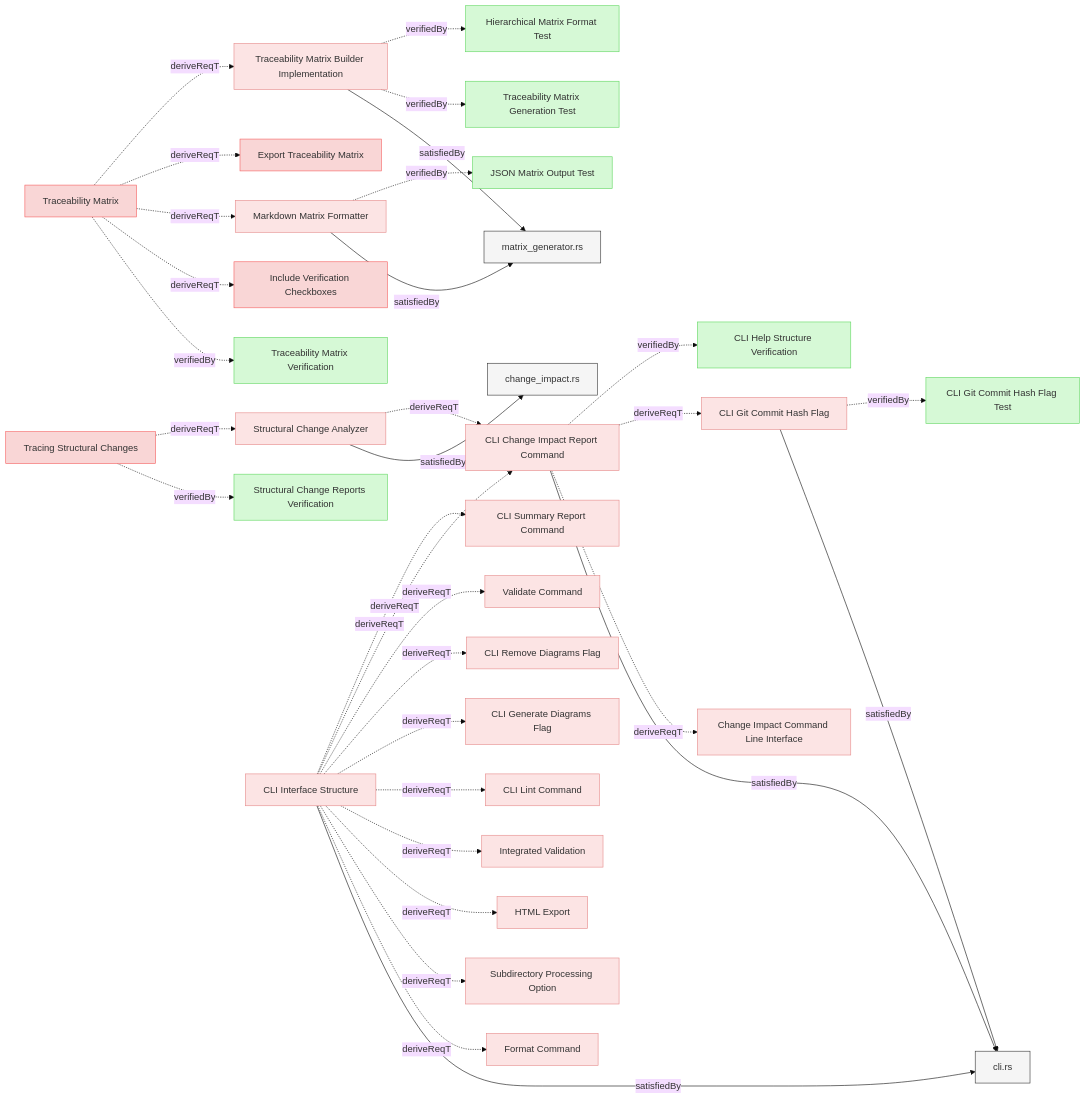
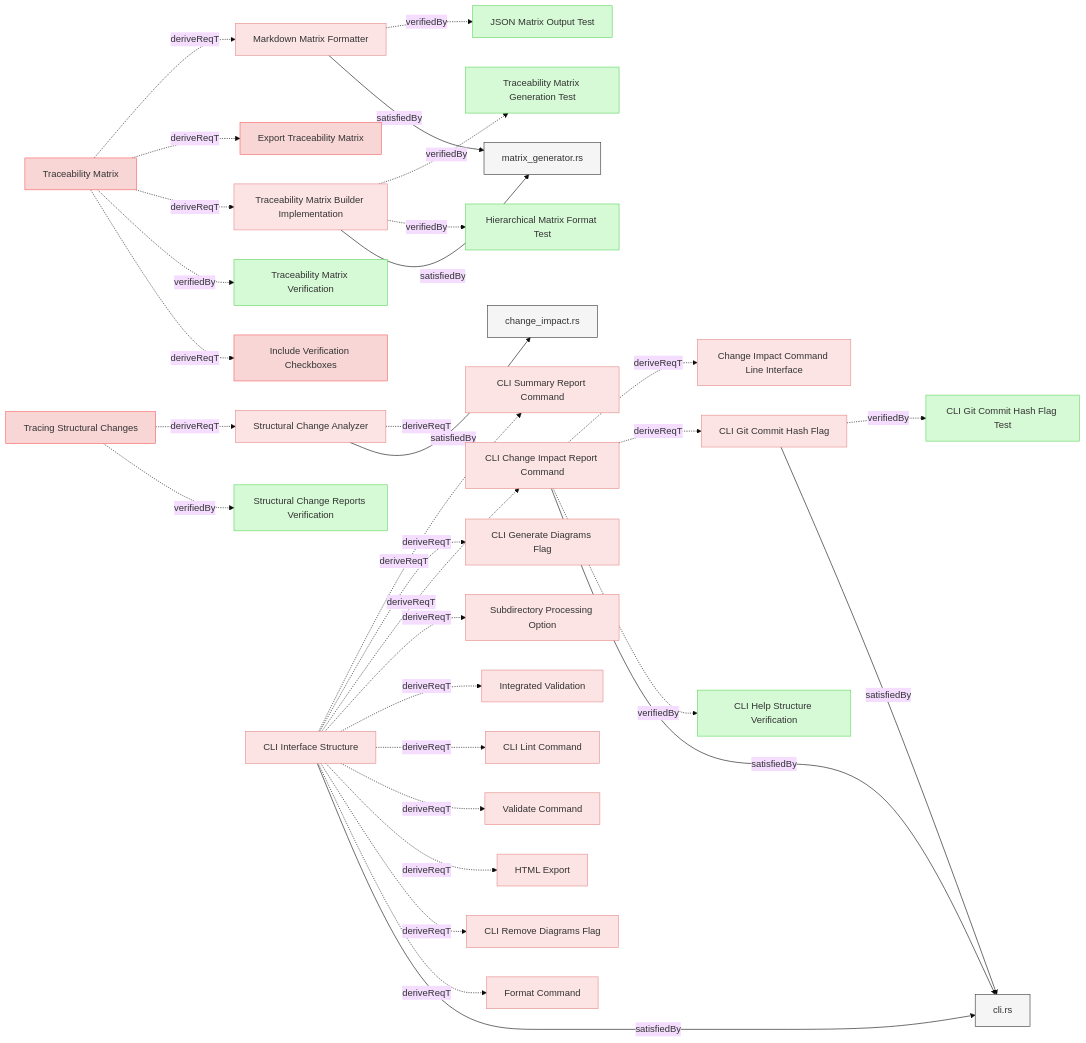
One commit to reqvire-org/reqvire changed the fifth of 9 diagrams in specifications/SystemRequirements/Requirements.md. Above: the diagram before and after it, drawn with Mermaid (base theme). The commit also changed other lines of this file and 20 other files, not shown here.

```diff
--- a/specifications/SystemRequirements/Requirements.md
+++ b/specifications/SystemRequirements/Requirements.md
@@ -1245,6 +1245,37 @@
   class 893e340d64ec8044 verification;
   click 893e340d64ec8044 "../Verifications/ChangeImpactTests.md#cli-git-commit-hash-flag-test";
   6c40e66699ba40dd -.->|verifiedBy| 893e340d64ec8044;
+  b55d8517cd3e58["Traceability Matrix Builder Implementation"];
+  class b55d8517cd3e58 systemRequirement;
+  click b55d8517cd3e58 "Requirements.md#traceability-matrix-builder-implementation";
+  16bf75b57622c10["matrix_generator.rs"];
+  class 16bf75b57622c10 default;
+  click 16bf75b57622c10 "../../core/src/matrix_generator.rs";
+  b55d8517cd3e58 -->|satisfiedBy| 16bf75b57622c10;
+  5a25cf6244f4f44["Hierarchical Matrix Format Test"];
+  class 5a25cf6244f4f44 verification;
+  click 5a25cf6244f4f44 "../Verifications/TreacibilityMatrix.md#hierarchical-matrix-format-test";
+  b55d8517cd3e58 -.->|verifiedBy| 5a25cf6244f4f44;
+  aa85c85e7c41d899["Traceability Matrix Generation Test"];
+  class aa85c85e7c41d899 verification;
+  click aa85c85e7c41d899 "../Verifications/TreacibilityMatrix.md#traceability-matrix-generation-test";
+  b55d8517cd3e58 -.->|verifiedBy| aa85c85e7c41d899;
+  4c9ae0a2fb751ce6["CLI Change Impact Report Command"];
+  class 4c9ae0a2fb751ce6 systemRequirement;
+  click 4c9ae0a2fb751ce6 "Requirements.md#cli-change-impact-report-command";
+  80defdd4cbc7ee18["cli.rs"];
+  class 80defdd4cbc7ee18 default;
+  click 80defdd4cbc7ee18 "../../cli/src/cli.rs";
+  4c9ae0a2fb751ce6 -->|satisfiedBy| 80defdd4cbc7ee18;
+  34c75e4a88e1f381["CLI Help Structure Verification"];
+  class 34c75e4a88e1f381 verification;
+  click 34c75e4a88e1f381 "../Verifications/Misc.md#cli-help-structure-verification";
+  4c9ae0a2fb751ce6 -.->|verifiedBy| 34c75e4a88e1f381;
+  4c9ae0a2fb751ce6 -.->|deriveReqT| 6c40e66699ba40dd;
+  37a75398bd174177["Change Impact Command Line Interface"];
+  class 37a75398bd174177 systemRequirement;
+  click 37a75398bd174177 "ChangeImpactPropagation.md#change-impact-command-line-interface";
+  4c9ae0a2fb751ce6 -.->|deriveReqT| 37a75398bd174177;
   d34d7e14d2a235a2["Structural Change Analyzer"];
   class d34d7e14d2a235a2 systemRequirement;
   click d34d7e14d2a235a2 "Requirements.md#structural-change-analyzer";
@@ -1252,9 +1283,6 @@
   class 4b89dbed94c08c3e default;
   click 4b89dbed94c08c3e "../../core/src/change_impact.rs";
   d34d7e14d2a235a2 -->|satisfiedBy| 4b89dbed94c08c3e;
-  4c9ae0a2fb751ce6["CLI Change Impact Report Command"];
-  class 4c9ae0a2fb751ce6 systemRequirement;
-  click 4c9ae0a2fb751ce6 "Requirements.md#cli-change-impact-report-command";
   d34d7e14d2a235a2 -.->|deriveReqT| 4c9ae0a2fb751ce6;
   1b7491b67a792bc9["Markdown Matrix Formatter"];
   class 1b7491b67a792bc9 systemRequirement;
@@ -1267,51 +1295,6 @@
   class 50c290277850dd17 verification;
   click 50c290277850dd17 "../Verifications/TreacibilityMatrix.md#json-matrix-output-test";
   1b7491b67a792bc9 -.->|verifiedBy| 50c290277850dd17;
-  80defdd4cbc7ee18["cli.rs"];
-  class 80defdd4cbc7ee18 default;
-  click 80defdd4cbc7ee18 "../../cli/src/cli.rs";
-  4c9ae0a2fb751ce6 -->|satisfiedBy| 80defdd4cbc7ee18;
-  37a75398bd174177["Change Impact Command Line Interface"];
-  class 37a75398bd174177 systemRequirement;
-  click 37a75398bd174177 "ChangeImpactPropagation.md#change-impact-command-line-interface";
-  4c9ae0a2fb751ce6 -.->|deriveReqT| 37a75398bd174177;
-  4c9ae0a2fb751ce6 -.->|deriveReqT| 6c40e66699ba40dd;
-  34c75e4a88e1f381["CLI Help Structure Verification"];
-  class 34c75e4a88e1f381 verification;
-  click 34c75e4a88e1f381 "../Verifications/Misc.md#cli-help-structure-verification";
-  4c9ae0a2fb751ce6 -.->|verifiedBy| 34c75e4a88e1f381;
-  b55d8517cd3e58["Traceability Matrix Builder Implementation"];
-  class b55d8517cd3e58 systemRequirement;
-  click b55d8517cd3e58 "Requirements.md#traceability-matrix-builder-implementation";
-  16bf75b57622c10["matrix_generator.rs"];
-  class 16bf75b57622c10 default;
-  click 16bf75b57622c10 "../../core/src/matrix_generator.rs";
-  b55d8517cd3e58 -->|satisfiedBy| 16bf75b57622c10;
-  aa85c85e7c41d899["Traceability Matrix Generation Test"];
-  class aa85c85e7c41d899 verification;
-  click aa85c85e7c41d899 "../Verifications/TreacibilityMatrix.md#traceability-matrix-generation-test";
-  b55d8517cd3e58 -.->|verifiedBy| aa85c85e7c41d899;
-  5a25cf6244f4f44["Hierarchical Matrix Format Test"];
-  class 5a25cf6244f4f44 verification;
-  click 5a25cf6244f4f44 "../Verifications/TreacibilityMatrix.md#hierarchical-matrix-format-test";
-  b55d8517cd3e58 -.->|verifiedBy| 5a25cf6244f4f44;
-  4e30ea0930dc9c26["Traceability Matrix"];
-  class 4e30ea0930dc9c26 userRequirement;
-  click 4e30ea0930dc9c26 "../UserRequirements.md#traceability-matrix";
-  11c3285e74c8d60b["Traceability Matrix Verification"];
-  class 11c3285e74c8d60b verification;
-  click 11c3285e74c8d60b "../Verifications/ChangeImpactTests.md#traceability-matrix-verification";
-  4e30ea0930dc9c26 -.->|verifiedBy| 11c3285e74c8d60b;
-  6d32b919c82784b7["Include Verification Checkboxes"];
-  class 6d32b919c82784b7 userRequirement;
-  click 6d32b919c82784b7 "../UserRequirements.md#include-verification-checkboxes";
-  4e30ea0930dc9c26 -.->|deriveReqT| 6d32b919c82784b7;
-  4e30ea0930dc9c26 -.->|deriveReqT| 1b7491b67a792bc9;
-  7de9a55d6102af23["Export Traceability Matrix"];
-  class 7de9a55d6102af23 userRequirement;
-  click 7de9a55d6102af23 "../UserRequirements.md#export-traceability-matrix";
-  4e30ea0930dc9c26 -.->|deriveReqT| 7de9a55d6102af23;
-  4e30ea0930dc9c26 -.->|deriveReqT| b55d8517cd3e58;
   d7b7b13a5b8d96e1["Tracing Structural Changes"];
   class d7b7b13a5b8d96e1 userRequirement;
   click d7b7b13a5b8d96e1 "../UserRequirements.md#tracing-structural-changes";
@@ -1320,6 +1303,23 @@
   click b0e8adb6596a35e7 "../Verifications/ChangeImpactTests.md#structural-change-reports-verification";
   d7b7b13a5b8d96e1 -.->|verifiedBy| b0e8adb6596a35e7;
   d7b7b13a5b8d96e1 -.->|deriveReqT| d34d7e14d2a235a2;
+  4e30ea0930dc9c26["Traceability Matrix"];
+  class 4e30ea0930dc9c26 userRequirement;
+  click 4e30ea0930dc9c26 "../UserRequirements.md#traceability-matrix";
+  6d32b919c82784b7["Include Verification Checkboxes"];
+  class 6d32b919c82784b7 userRequirement;
+  click 6d32b919c82784b7 "../UserRequirements.md#include-verification-checkboxes";
+  4e30ea0930dc9c26 -.->|deriveReqT| 6d32b919c82784b7;
+  11c3285e74c8d60b["Traceability Matrix Verification"];
+  class 11c3285e74c8d60b verification;
+  click 11c3285e74c8d60b "../Verifications/ChangeImpactTests.md#traceability-matrix-verification";
+  4e30ea0930dc9c26 -.->|verifiedBy| 11c3285e74c8d60b;
+  4e30ea0930dc9c26 -.->|deriveReqT| b55d8517cd3e58;
+  7de9a55d6102af23["Export Traceability Matrix"];
+  class 7de9a55d6102af23 userRequirement;
+  click 7de9a55d6102af23 "../UserRequirements.md#export-traceability-matrix";
+  4e30ea0930dc9c26 -.->|deriveReqT| 7de9a55d6102af23;
+  4e30ea0930dc9c26 -.->|deriveReqT| 1b7491b67a792bc9;
   8f22faacdb454b23["CLI Interface Structure"];
   class 8f22faacdb454b23 systemRequirement;
   click 8f22faacdb454b23 "Requirements.md#cli-interface-structure";
@@ -1331,35 +1331,35 @@
   class 875f89a9f301fb90 systemRequirement;
   click 875f89a9f301fb90 "Requirements.md#format-command";
   8f22faacdb454b23 -.->|deriveReqT| 875f89a9f301fb90;
+  749eaee85cfd0a43["CLI Remove Diagrams Flag"];
+  class 749eaee85cfd0a43 systemRequirement;
+  click 749eaee85cfd0a43 "Requirements.md#cli-remove-diagrams-flag";
+  8f22faacdb454b23 -.->|deriveReqT| 749eaee85cfd0a43;
+  5deb63503bdf77c["HTML Export"];
+  class 5deb63503bdf77c systemRequirement;
+  click 5deb63503bdf77c "Requirements.md#html-export";
+  8f22faacdb454b23 -.->|deriveReqT| 5deb63503bdf77c;
+  b4f1757fc8831083["Validate Command"];
+  class b4f1757fc8831083 systemRequirement;
+  click b4f1757fc8831083 "Requirements.md#validate-command";
+  8f22faacdb454b23 -.->|deriveReqT| b4f1757fc8831083;
+  e049c04afaa864c["CLI Lint Command"];
+  class e049c04afaa864c systemRequirement;
+  click e049c04afaa864c "Requirements.md#cli-lint-command";
+  8f22faacdb454b23 -.->|deriveReqT| e049c04afaa864c;
+  5a67efb6be1c6c72["Integrated Validation"];
+  class 5a67efb6be1c6c72 systemRequirement;
+  click 5a67efb6be1c6c72 "TwoPassValidation.md#integrated-validation";
+  8f22faacdb454b23 -.->|deriveReqT| 5a67efb6be1c6c72;
   7bdf935ec6d8effe["Subdirectory Processing Option"];
   class 7bdf935ec6d8effe systemRequirement;
   click 7bdf935ec6d8effe "Requirements.md#subdirectory-processing-option";
   8f22faacdb454b23 -.->|deriveReqT| 7bdf935ec6d8effe;
-  5deb63503bdf77c["HTML Export"];
-  class 5deb63503bdf77c systemRequirement;
-  click 5deb63503bdf77c "Requirements.md#html-export";
-  8f22faacdb454b23 -.->|deriveReqT| 5deb63503bdf77c;
-  5a67efb6be1c6c72["Integrated Validation"];
-  class 5a67efb6be1c6c72 systemRequirement;
-  click 5a67efb6be1c6c72 "TwoPassValidation.md#integrated-validation";
-  8f22faacdb454b23 -.->|deriveReqT| 5a67efb6be1c6c72;
-  e049c04afaa864c["CLI Lint Command"];
-  class e049c04afaa864c systemRequirement;
-  click e049c04afaa864c "Requirements.md#cli-lint-command";
-  8f22faacdb454b23 -.->|deriveReqT| e049c04afaa864c;
+  8f22faacdb454b23 -.->|deriveReqT| 4c9ae0a2fb751ce6;
   7223dec8fe51900f["CLI Generate Diagrams Flag"];
   class 7223dec8fe51900f systemRequirement;
   click 7223dec8fe51900f "Requirements.md#cli-generate-diagrams-flag";
   8f22faacdb454b23 -.->|deriveReqT| 7223dec8fe51900f;
-  749eaee85cfd0a43["CLI Remove Diagrams Flag"];
-  class 749eaee85cfd0a43 systemRequirement;
-  click 749eaee85cfd0a43 "Requirements.md#cli-remove-diagrams-flag";
-  8f22faacdb454b23 -.->|deriveReqT| 749eaee85cfd0a43;
-  b4f1757fc8831083["Validate Command"];
-  class b4f1757fc8831083 systemRequirement;
-  click b4f1757fc8831083 "Requirements.md#validate-command";
-  8f22faacdb454b23 -.->|deriveReqT| b4f1757fc8831083;
-  8f22faacdb454b23 -.->|deriveReqT| 4c9ae0a2fb751ce6;
   5a07afd22db51c40["CLI Summary Report Command"];
   class 5a07afd22db51c40 systemRequirement;
   click 5a07afd22db51c40 "Requirements.md#cli-summary-report-command";
```
